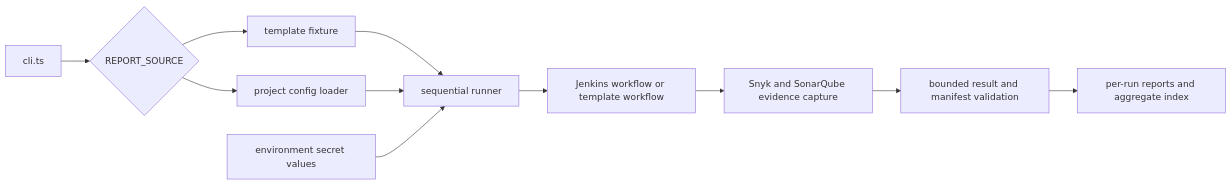
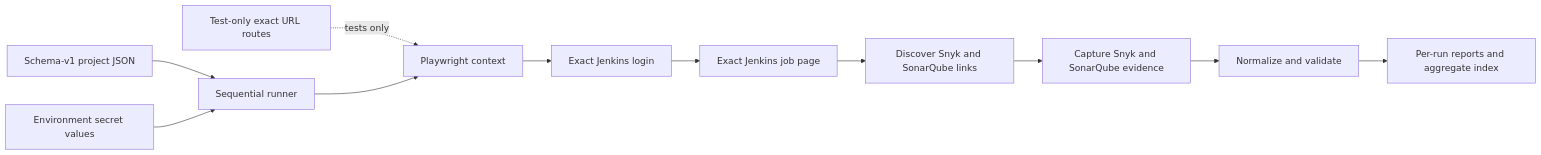
The diagram in docs/architecture.md (loidinhm31/auto-jobs), drawn with Mermaid before and after one commit. The commit also changed other lines of this file and 57 other files, not shown here.

Commit message:
refactor(config): require explicit v1 project configuration

````diff
--- a/docs/architecture.md
+++ b/docs/architecture.md
@@ -31,13 +36,13 @@
 ```mermaid
 flowchart LR
-  CLI[cli.ts] --> Select{REPORT_SOURCE}
-  Select --> Templates[template fixture]
-  Select --> Jenkins[project config loader]
-  Templates --> Runner[sequential runner]
-  Jenkins --> Runner
-  Secrets[environment secret values] --> Runner
-  Runner --> Workflow[Jenkins workflow or template workflow]
-  Workflow --> Capture[Snyk and SonarQube evidence capture]
-  Capture --> Normalize[bounded result and manifest validation]
-  Normalize --> Reports[per-run reports and aggregate index]
+  Config[Schema-v1 project JSON] --> Runner[Sequential runner]
+  Secrets[Environment secret values] --> Runner
+  TestRoutes[Test-only exact URL routes] -. tests only .-> Browser
+  Runner --> Browser[Playwright context]
+  Browser --> Login[Exact Jenkins login]
+  Login --> Job[Exact Jenkins job page]
+  Job --> Discover[Discover Snyk and SonarQube links]
+  Discover --> Capture[Capture Snyk and SonarQube evidence]
+  Capture --> Normalize[Normalize and validate]
+  Normalize --> Reports[Per-run reports and aggregate index]
 ```
````
